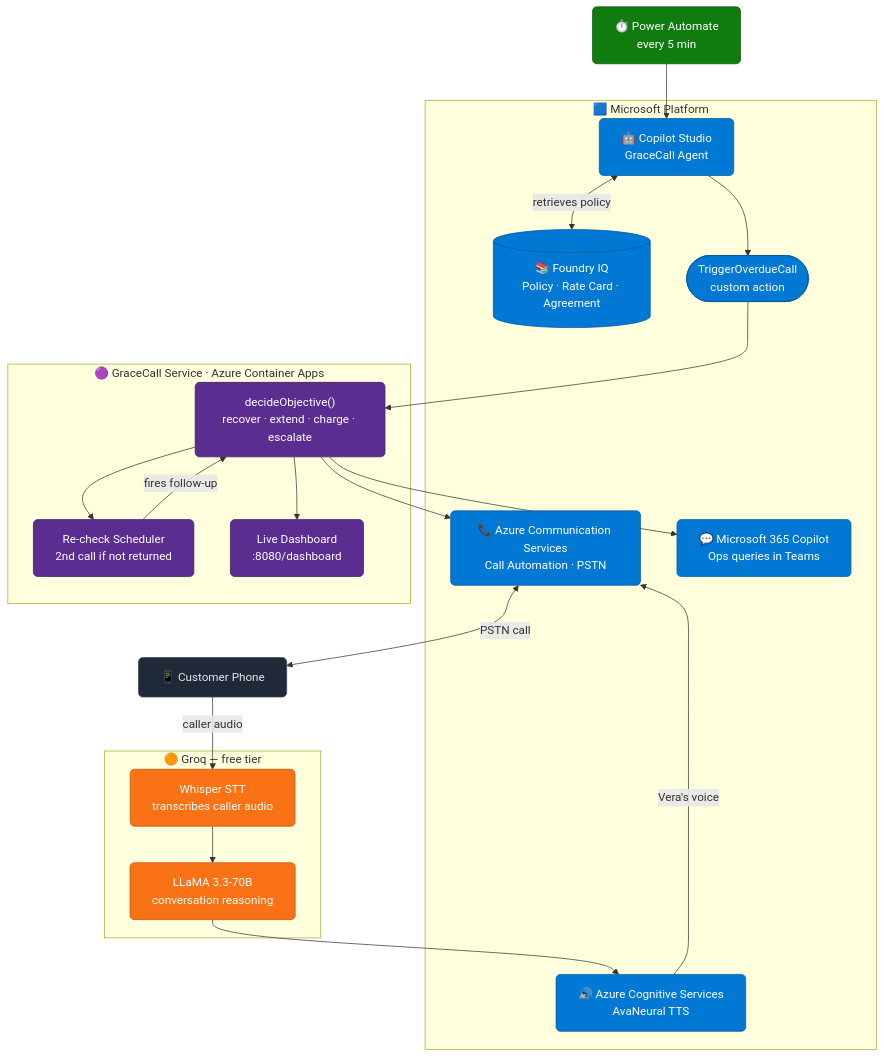
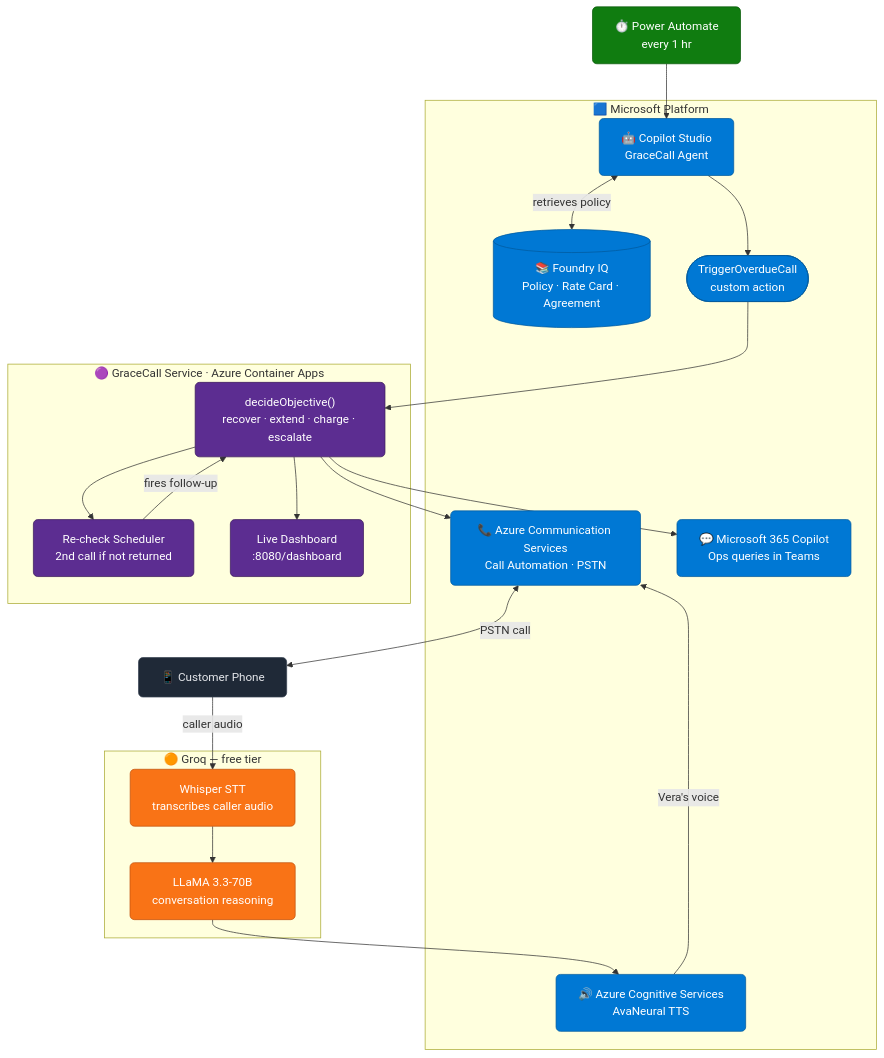
One commit to K-vinod2k/grace-call changed the diagram in README.md. Above: the diagram before and after it, drawn with Mermaid. The commit also changed other lines of this file, not shown here.

Commit message:
docs: update Power Automate trigger from 5 min to 1 hr

````diff
--- a/README.md
+++ b/README.md
@@ -11,46 +11,46 @@
 ```mermaid
 graph TD
     classDef ms      fill:#0078D4,stroke:#005a9e,color:#fff,rx:6
     classDef svc     fill:#5c2d91,stroke:#3b1a5a,color:#fff,rx:6
     classDef groq    fill:#f97316,stroke:#c2530f,color:#fff,rx:6
     classDef pa      fill:#107c10,stroke:#0a5a0a,color:#fff,rx:6
     classDef phone   fill:#1f2937,stroke:#374151,color:#e5e7eb,rx:6
 
-    PA["⏱️ Power Automate\nevery 5 min"]:::pa
+    PA["⏱️ Power Automate\nevery 1 hr"]:::pa
 
     subgraph msft ["  🟦  Microsoft Platform  "]
         CS["🤖 Copilot Studio\nGraceCall Agent"]:::ms
         FIQ[("📚 Foundry IQ\nPolicy · Rate Card · Agreement")]:::ms
         TOOL(["TriggerOverdueCall\ncustom action"]):::ms
         ACSSVC["📞 Azure Communication Services\nCall Automation · PSTN"]:::ms
         AZURETSS["🔊 Azure Cognitive Services\nAvaNeural TTS"]:::ms
         M365OUT["💬 Microsoft 365 Copilot\nOps queries in Teams"]:::ms
     end
 
     subgraph gcsvc ["  🟣  GraceCall Service · Azure Container Apps  "]
         DECIDE["decideObjective()\nrecover · extend · charge · escalate"]:::svc
         RECHECK["Re-check Scheduler\n2nd call if not returned"]:::svc
         DASH["Live Dashboard\n:8080/dashboard"]:::svc
     end
 
     subgraph groqtier ["  🟠  Groq — free tier  "]
         WSTT["Whisper STT\ntranscribes caller audio"]:::groq
         LLAMA["LLaMA 3.3-70B\nconversation reasoning"]:::groq
     end
 
     PHONE["📱 Customer Phone"]:::phone
 
     PA --> CS
     CS <-->|"retrieves policy"| FIQ
     CS --> TOOL --> DECIDE
     DECIDE --> ACSSVC
     ACSSVC <-->|"PSTN call"| PHONE
     PHONE -->|"caller audio"| WSTT
     WSTT --> LLAMA
     LLAMA --> AZURETSS
     AZURETSS -->|"Vera's voice"| ACSSVC
     DECIDE --> RECHECK
     RECHECK -->|"fires follow-up"| DECIDE
     DECIDE --> M365OUT
     DECIDE --> DASH
 ```
````
